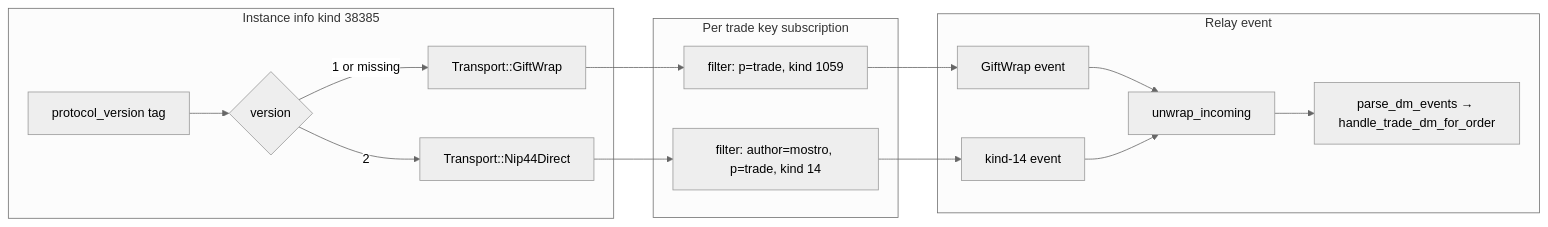
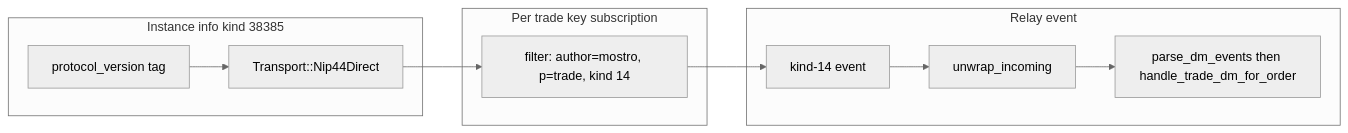
The first of 2 diagrams in docs/DM_LISTENER_FLOW.md (MostroP2P/mostrix), drawn with Mermaid (neutral theme) before and after one commit. The commit also changed other lines of this file and 20 other files, not shown here.

````diff
--- a/docs/DM_LISTENER_FLOW.md
+++ b/docs/DM_LISTENER_FLOW.md
@@ -24,22 +24,17 @@
 ```mermaid
 flowchart LR
   subgraph discover [Instance info kind 38385]
     IV[protocol_version tag]
-    IV --> T{version}
-    T -->|1 or missing| GW[Transport::GiftWrap]
-    T -->|2| N44[Transport::Nip44Direct]
+    IV --> N44[Transport::Nip44Direct]
   end
 
   subgraph subscribe [Per trade key subscription]
-    GW --> F1["filter: p=trade, kind 1059"]
     N44 --> F2["filter: author=mostro, p=trade, kind 14"]
   end
 
   subgraph inbound [Relay event]
-    F1 --> E1[GiftWrap event]
     F2 --> E2[kind-14 event]
-    E1 --> U[unwrap_incoming]
-    E2 --> U
-    U --> R[parse_dm_events → handle_trade_dm_for_order]
+    E2 --> U[unwrap_incoming]
+    U --> R[parse_dm_events then handle_trade_dm_for_order]
   end
 ```
````
